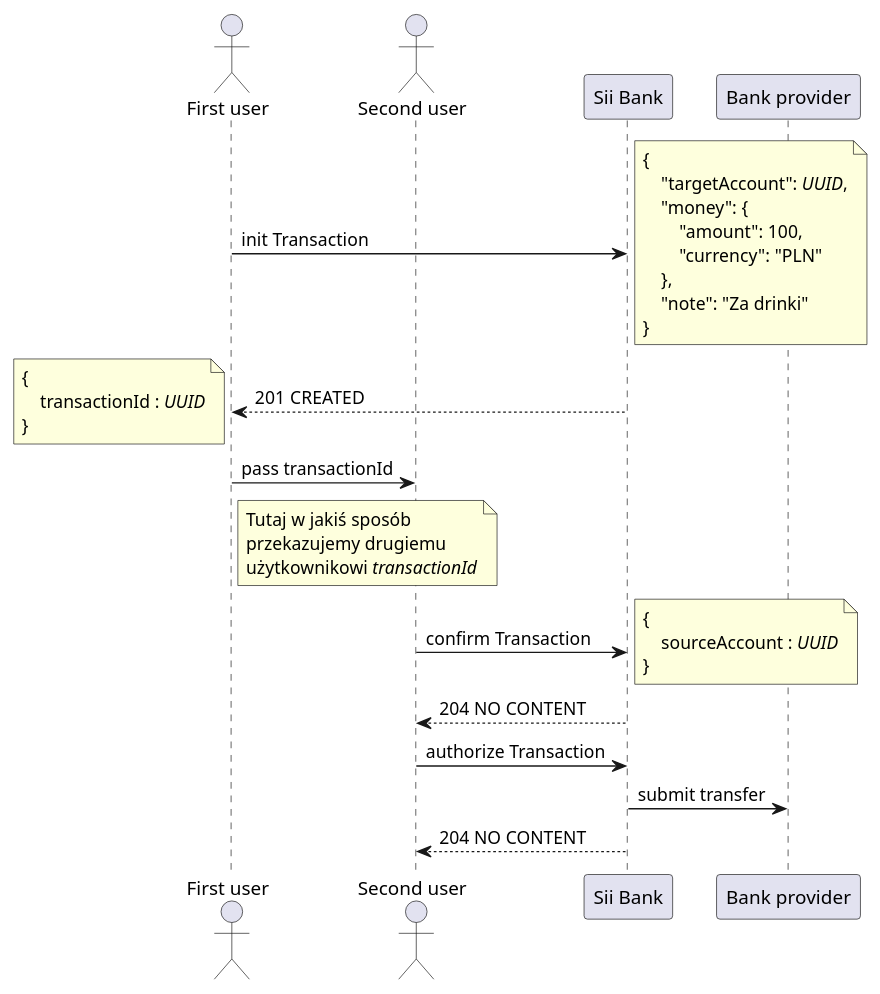
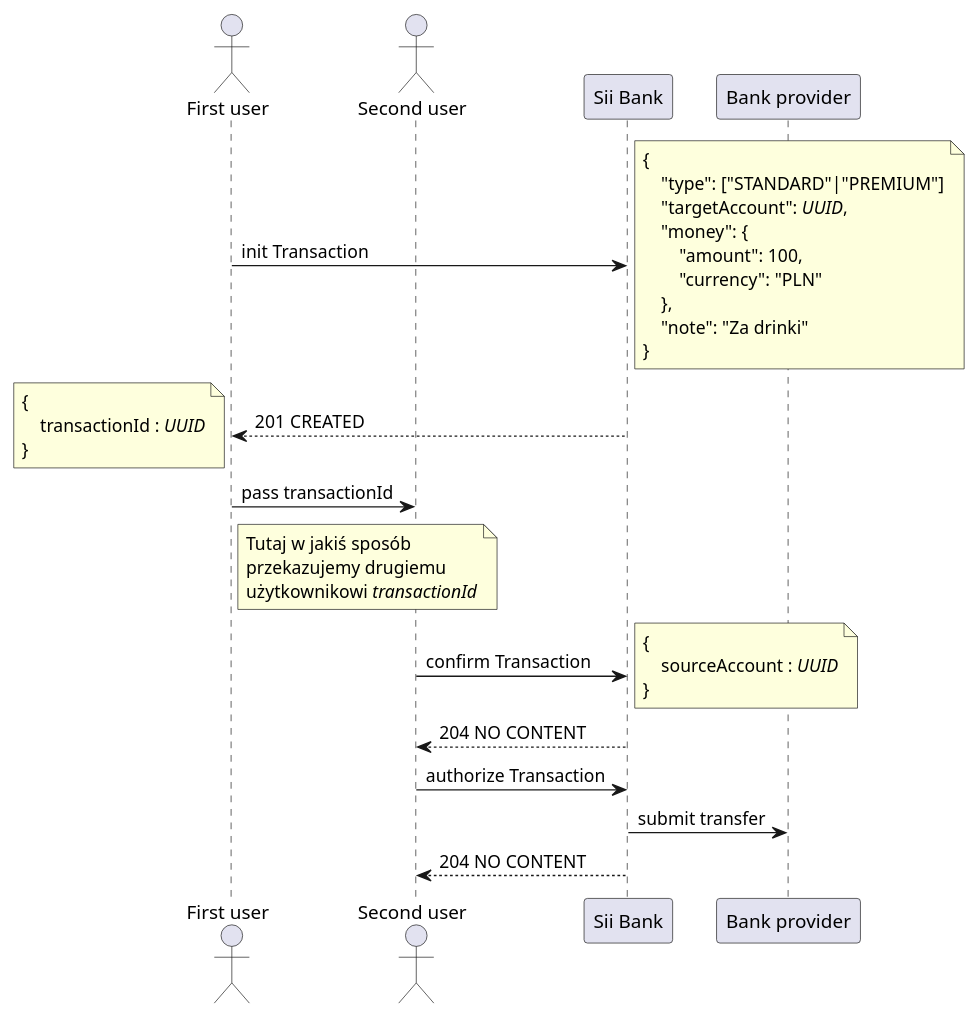
One commit to czyzniek/bank changed the diagram in transactionFlow.puml. Above: the diagram before and after it, drawn with PlantUML. The commit also changed 7 other files, not shown here.

```diff
--- a/transactionFlow.puml
+++ b/transactionFlow.puml
@@ -1,45 +1,46 @@
 @startuml
 
 actor "First user" as FU
 actor "Second user" as SU
 participant "Sii Bank" as BE
 participant "Bank provider" as BP
 
 
 FU -> BE : init Transaction
 note right
 {
+    "type": ["STANDARD"|"PREMIUM"]
     "targetAccount": //UUID//,
     "money": {
         "amount": 100,
         "currency": "PLN"
     },
     "note": "Za drinki"
 }
 end note
 return 201 CREATED
 note left
 {
     transactionId : //UUID//
 }
 end note
 
 FU -> SU : pass transactionId
 note right of FU
 Tutaj w jakiś sposób
 przekazujemy drugiemu
 użytkownikowi //transactionId//
 end note
 
 SU -> BE : confirm Transaction
 note right
 {
     sourceAccount : //UUID//
 }
 end note
 return 204 NO CONTENT
 SU -> BE : authorize Transaction
 BE -> BP : submit transfer
 BE --> SU : 204 NO CONTENT
 
 @enduml
```
